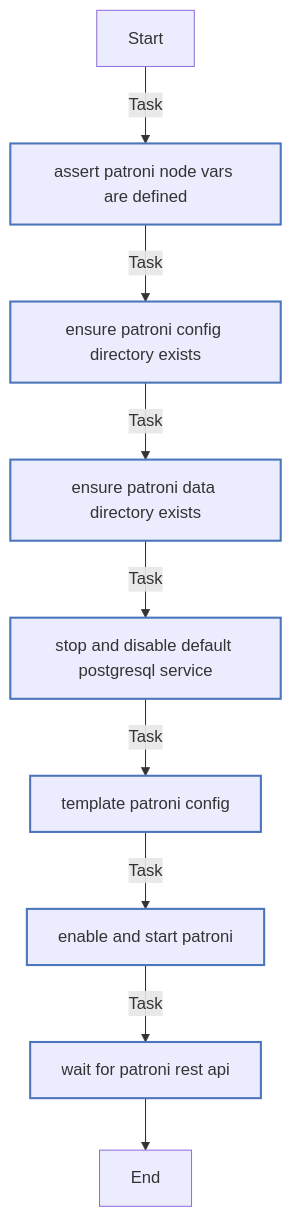
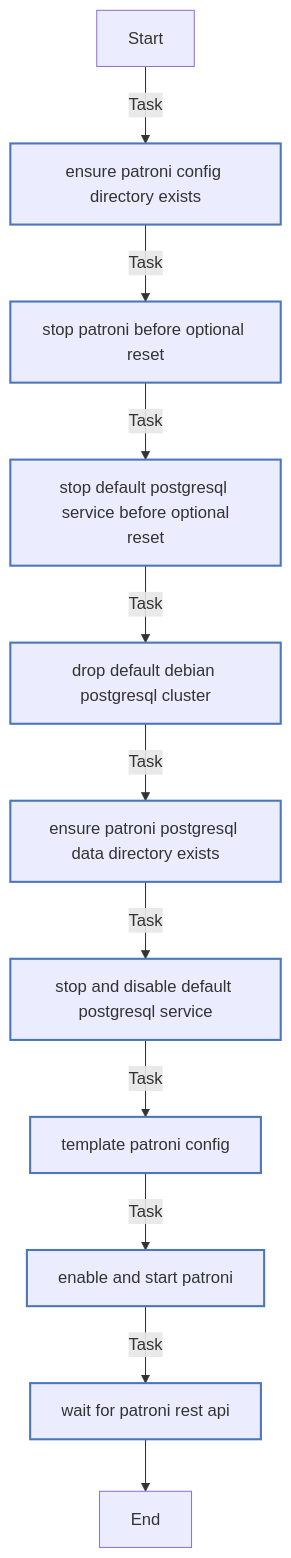
Before and after one commit to Lebowski89/homelab: the eighth of 9 diagrams in ansible/roles/postgres/README.md, drawn with Mermaid. The commit also changed other lines of this file and 16 other files, not shown here.

````diff
--- a/ansible/roles/postgres/README.md
+++ b/ansible/roles/postgres/README.md
@@ -198,21 +407,23 @@
 ```mermaid
 flowchart TD
 Start
 classDef block stroke:#3498db,stroke-width:2px;
 classDef task stroke:#4b76bb,stroke-width:2px;
 classDef includeTasks stroke:#16a085,stroke-width:2px;
 classDef importTasks stroke:#34495e,stroke-width:2px;
 classDef includeRole stroke:#2980b9,stroke-width:2px;
 classDef importRole stroke:#699ba7,stroke-width:2px;
 classDef includeVars stroke:#8e44ad,stroke-width:2px;
 classDef rescue stroke:#665352,stroke-width:2px;
 
-  Start-->|Task| Assert_Patroni_node_vars_are_defined0[assert patroni node vars are defined]:::task
-  Assert_Patroni_node_vars_are_defined0-->|Task| Ensure_Patroni_config_directory_exists1[ensure patroni config directory exists]:::task
-  Ensure_Patroni_config_directory_exists1-->|Task| Ensure_Patroni_data_directory_exists2[ensure patroni data directory exists]:::task
-  Ensure_Patroni_data_directory_exists2-->|Task| Stop_and_disable_default_PostgreSQL_service3[stop and disable default postgresql service]:::task
-  Stop_and_disable_default_PostgreSQL_service3-->|Task| Template_Patroni_config4[template patroni config]:::task
-  Template_Patroni_config4-->|Task| Enable_and_start_Patroni5[enable and start patroni]:::task
-  Enable_and_start_Patroni5-->|Task| Wait_for_Patroni_REST_API6[wait for patroni rest api]:::task
-  Wait_for_Patroni_REST_API6-->End
+  Start-->|Task| Ensure_Patroni_config_directory_exists0[ensure patroni config directory exists]:::task
+  Ensure_Patroni_config_directory_exists0-->|Task| Stop_Patroni_before_optional_reset1[stop patroni before optional reset]:::task
+  Stop_Patroni_before_optional_reset1-->|Task| Stop_default_PostgreSQL_service_before_optional_reset2[stop default postgresql service before optional<br>reset]:::task
+  Stop_default_PostgreSQL_service_before_optional_reset2-->|Task| Drop_default_Debian_PostgreSQL_cluster3[drop default debian postgresql cluster]:::task
+  Drop_default_Debian_PostgreSQL_cluster3-->|Task| Ensure_Patroni_PostgreSQL_data_directory_exists4[ensure patroni postgresql data directory exists]:::task
+  Ensure_Patroni_PostgreSQL_data_directory_exists4-->|Task| Stop_and_disable_default_PostgreSQL_service5[stop and disable default postgresql service]:::task
+  Stop_and_disable_default_PostgreSQL_service5-->|Task| Template_Patroni_config6[template patroni config]:::task
+  Template_Patroni_config6-->|Task| Enable_and_start_Patroni7[enable and start patroni]:::task
+  Enable_and_start_Patroni7-->|Task| Wait_for_Patroni_REST_API8[wait for patroni rest api]:::task
+  Wait_for_Patroni_REST_API8-->End
 ```
````
